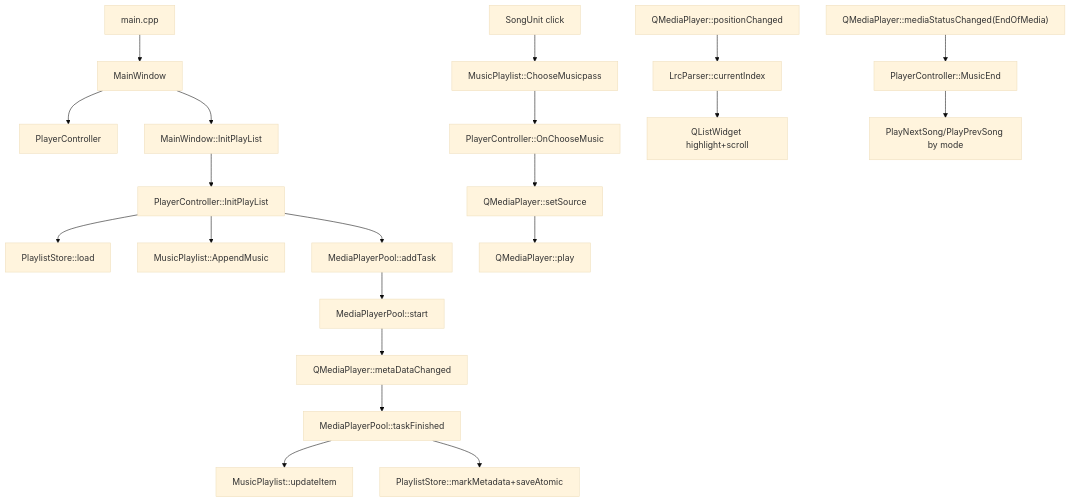
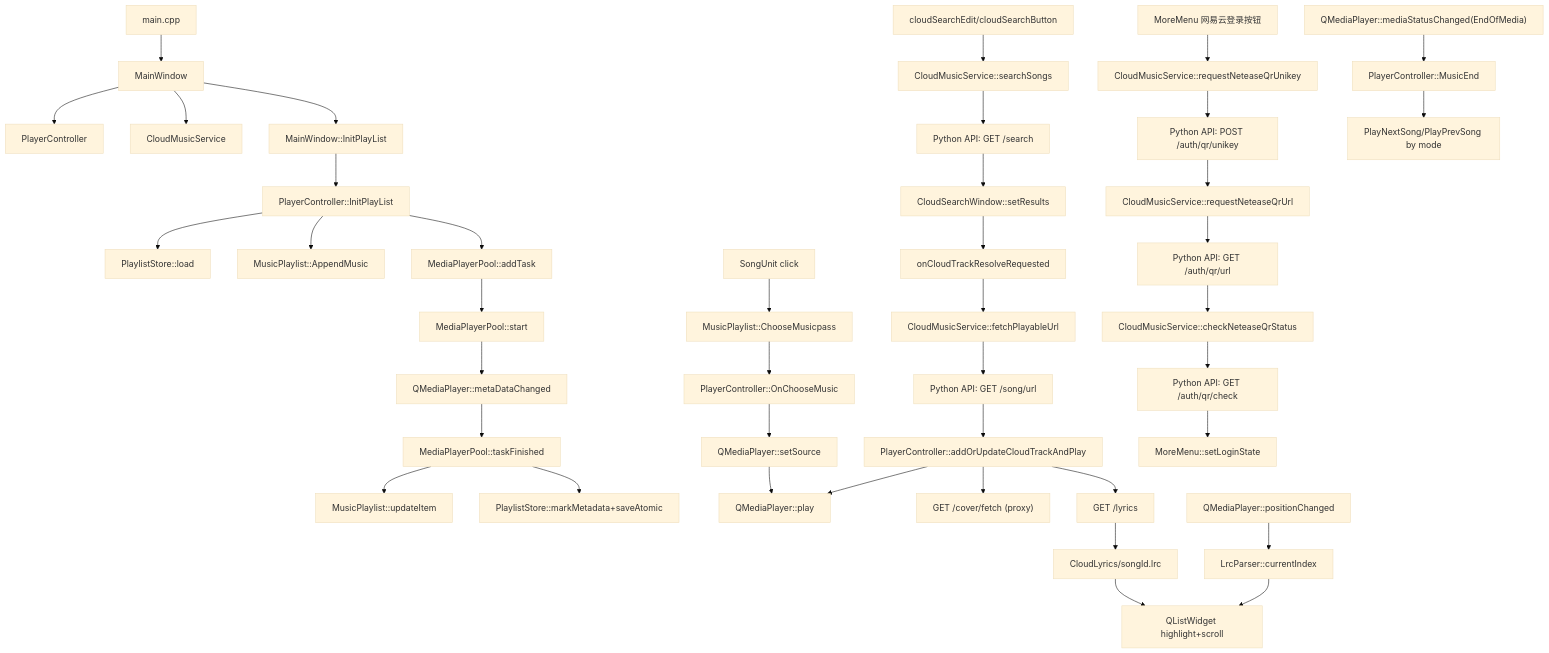
The first of 2 diagrams in README.md (misaka-ning/Qt-Project---MusicPlayer), drawn with Mermaid (base theme) before and after one commit. The commit also changed other lines of this file and 29 other files, not shown here.

````diff
--- a/README.md
+++ b/README.md
@@ -66,25 +80,47 @@
 ```mermaid
 flowchart TD
   AppStart[main.cpp] --> MainWindowCtor[MainWindow]
   MainWindowCtor --> PlayerControllerCtor[PlayerController]
+  MainWindowCtor --> CloudServiceCtor[CloudMusicService]
   MainWindowCtor --> InitPlayList[MainWindow::InitPlayList]
   InitPlayList --> ControllerInit[PlayerController::InitPlayList]
   ControllerInit --> PlaylistStoreLoad[PlaylistStore::load]
   ControllerInit --> MusicPlaylistAdd[MusicPlaylist::AppendMusic]
   ControllerInit --> MediaPoolAdd[MediaPlayerPool::addTask]
   MediaPoolAdd --> MediaPoolStart[MediaPlayerPool::start]
   MediaPoolStart --> MetaDataReady["QMediaPlayer::metaDataChanged"]
   MetaDataReady --> TaskFinished[MediaPlayerPool::taskFinished]
   TaskFinished --> UpdateItem[MusicPlaylist::updateItem]
   TaskFinished --> StoreMeta[PlaylistStore::markMetadata+saveAtomic]
 
   SongClick[SongUnit click] --> ChooseMusicpass[MusicPlaylist::ChooseMusicpass]
   ChooseMusicpass --> OnChooseMusic[PlayerController::OnChooseMusic]
   OnChooseMusic --> SetSource[QMediaPlayer::setSource]
   SetSource --> Play[QMediaPlayer::play]
 
+  CloudSearchUI[cloudSearchEdit/cloudSearchButton] --> CloudSearchReq[CloudMusicService::searchSongs]
+  CloudSearchReq --> PySearch["Python API: GET /search"]
+  PySearch --> CloudResultWin[CloudSearchWindow::setResults]
+  CloudResultWin --> ResolveTrack[onCloudTrackResolveRequested]
+  ResolveTrack --> CloudPlayReq[CloudMusicService::fetchPlayableUrl]
+  CloudPlayReq --> PySongUrl["Python API: GET /song/url"]
+  PySongUrl --> AddCloudTrack[PlayerController::addOrUpdateCloudTrackAndPlay]
+  AddCloudTrack --> Play
+  AddCloudTrack --> FetchCloudCover["GET /cover/fetch (proxy)"]
+  AddCloudTrack --> FetchCloudLyrics["GET /lyrics"]
+  FetchCloudLyrics --> SaveCloudLrc[CloudLyrics/songId.lrc]
+  SaveCloudLrc --> LyricsUI
+
+  MoreMenuAuth[MoreMenu 网易云登录按钮] --> QrUnikey[CloudMusicService::requestNeteaseQrUnikey]
+  QrUnikey --> PyAuthUnikey["Python API: POST /auth/qr/unikey"]
+  PyAuthUnikey --> QrUrlReq[CloudMusicService::requestNeteaseQrUrl]
+  QrUrlReq --> PyAuthQrUrl["Python API: GET /auth/qr/url"]
+  PyAuthQrUrl --> QrStatusPoll[CloudMusicService::checkNeteaseQrStatus]
+  QrStatusPoll --> PyAuthQrCheck["Python API: GET /auth/qr/check"]
+  PyAuthQrCheck --> LoginStateUpdate[MoreMenu::setLoginState]
+
   PositionChanged["QMediaPlayer::positionChanged"] --> LrcIndex[LrcParser::currentIndex]
   LrcIndex --> LyricsUI[QListWidget highlight+scroll]
   EndOfMedia["QMediaPlayer::mediaStatusChanged(EndOfMedia)"] --> MusicEnd[PlayerController::MusicEnd]
   MusicEnd --> NextSong[PlayNextSong/PlayPrevSong by mode]
 ```
````
